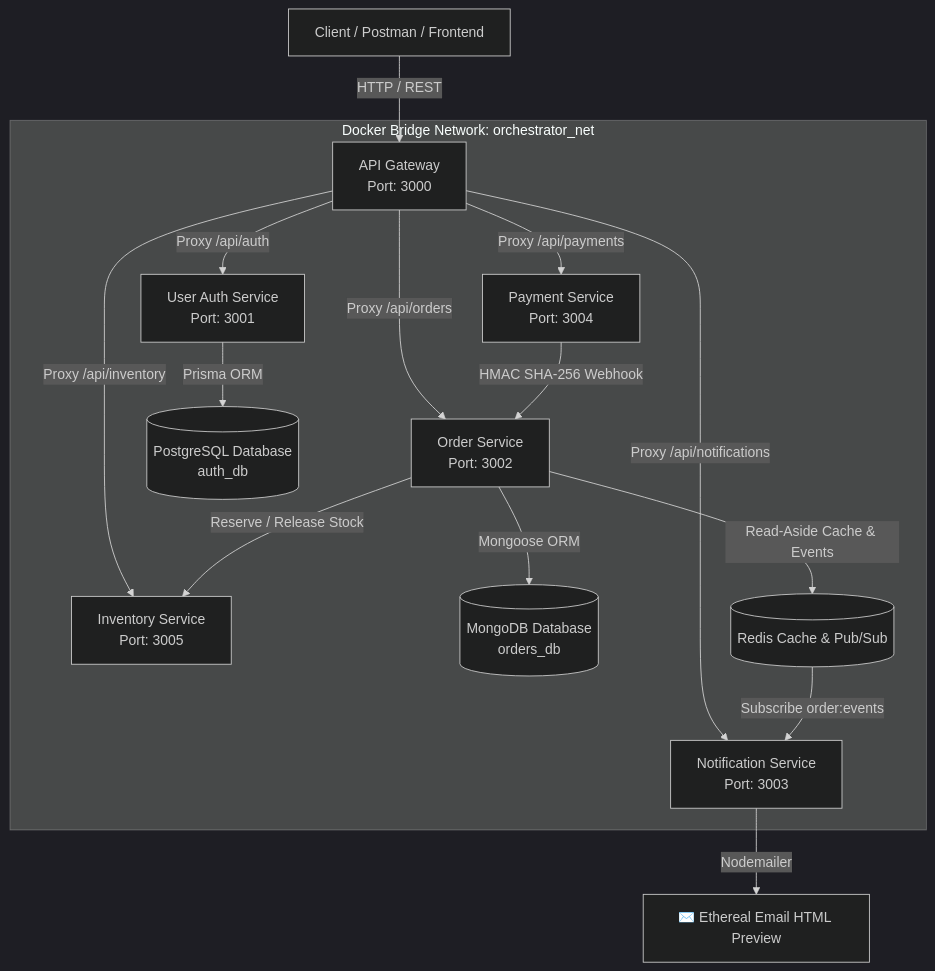
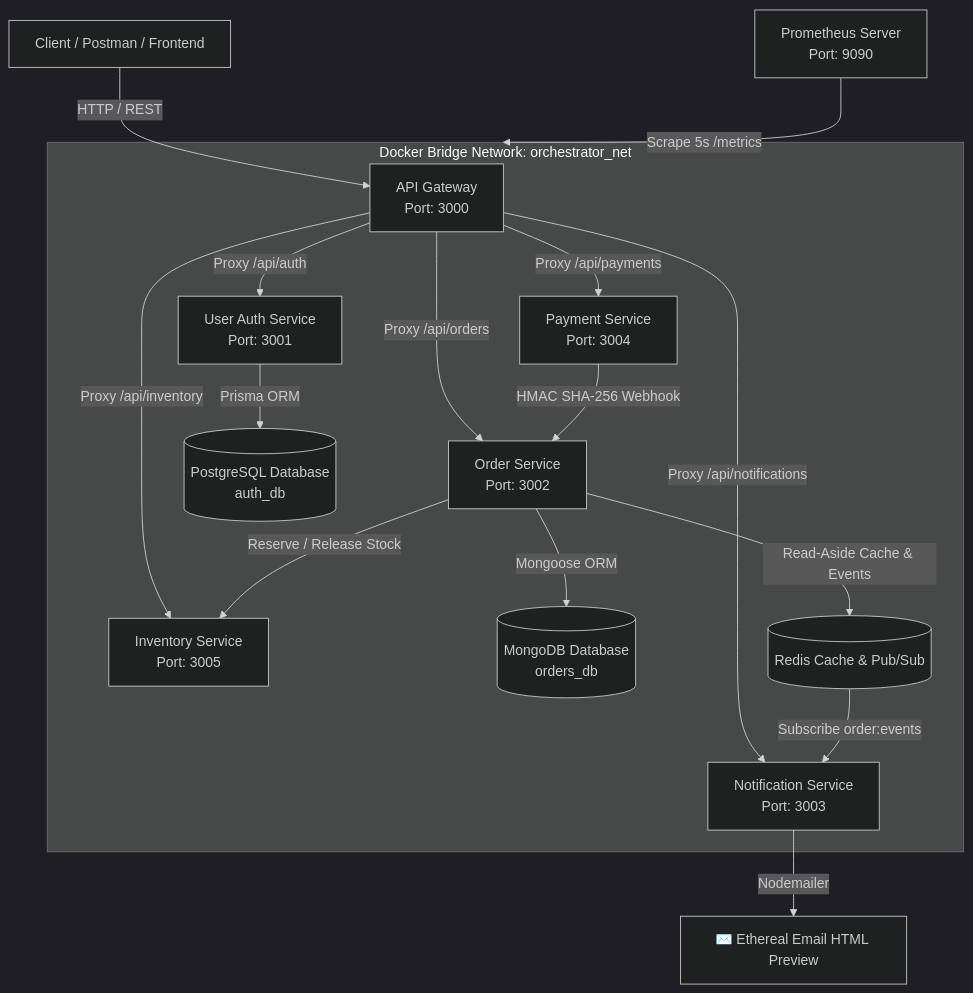
One commit to AngelArteachi/Cloud-order-orchestator changed the diagram in README.md. Above: the diagram before and after it, drawn with Mermaid (dark theme). The commit also changed other lines of this file and 18 other files, not shown here.

Commit message:
feat(observability): add Prometheus metrics scraping, prom-client and live Ecosystem Health Dashboard

````diff
--- a/README.md
+++ b/README.md
@@ -17,25 +18,26 @@
 ```mermaid
 flowchart TD
     Client[Client / Postman / Frontend] -->|HTTP / REST| Gateway[API Gateway\nPort: 3000]
+    Prometheus[Prometheus Server\nPort: 9090] -->|Scrape 5s /metrics| OrchestratorNet
 
     subgraph OrchestratorNet [Docker Bridge Network: orchestrator_net]
         Gateway -->|Proxy /api/auth| AuthService[User Auth Service\nPort: 3001]
         Gateway -->|Proxy /api/orders| OrderService[Order Service\nPort: 3002]
         Gateway -->|Proxy /api/notifications| NotifService[Notification Service\nPort: 3003]
         Gateway -->|Proxy /api/payments| PaymentService[Payment Service\nPort: 3004]
         Gateway -->|Proxy /api/inventory| InventoryService[Inventory Service\nPort: 3005]
         
         Postgres[(PostgreSQL Database\nauth_db)]
         Mongo[(MongoDB Database\norders_db)]
         Redis[(Redis Cache & Pub/Sub)]
     end
 
     AuthService -->|Prisma ORM| Postgres
     OrderService -->|Mongoose ORM| Mongo
     OrderService -->|Read-Aside Cache & Events| Redis
     OrderService -->|Reserve / Release Stock| InventoryService
     
     PaymentService -->|HMAC SHA-256 Webhook| OrderService
     Redis -->|Subscribe order:events| NotifService
     NotifService -->|Nodemailer| Ethereal[✉️ Ethereal Email HTML Preview]
 ```
````
